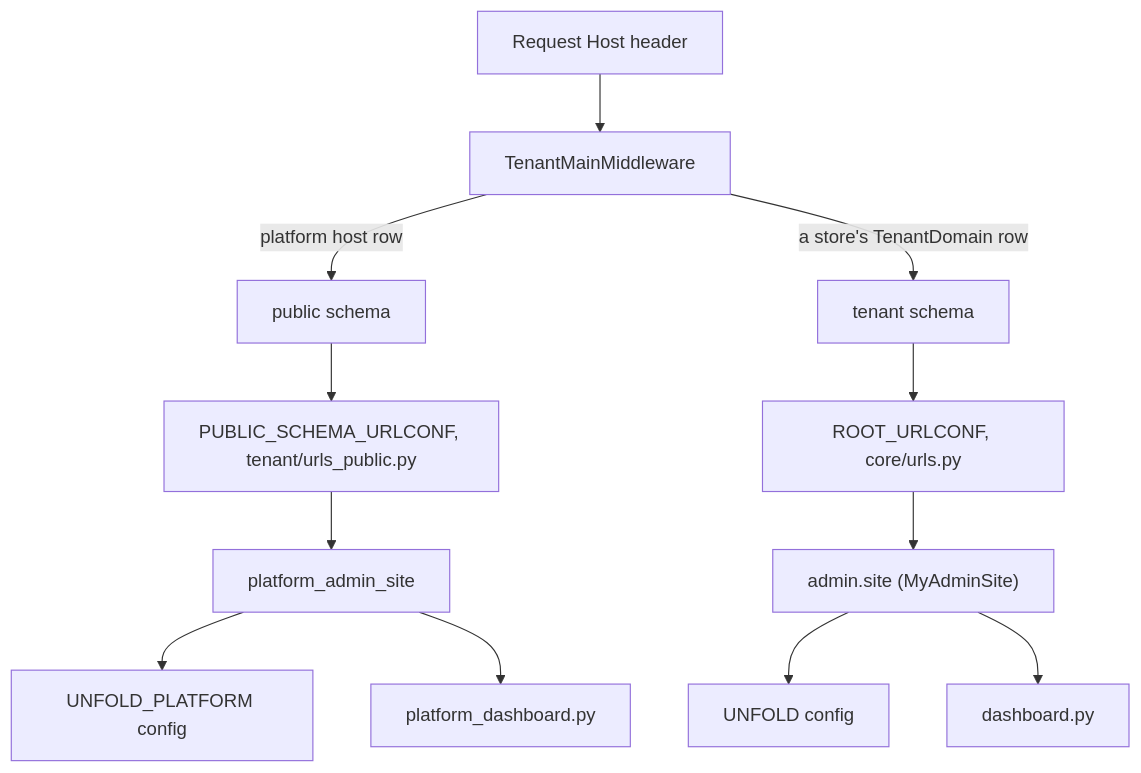
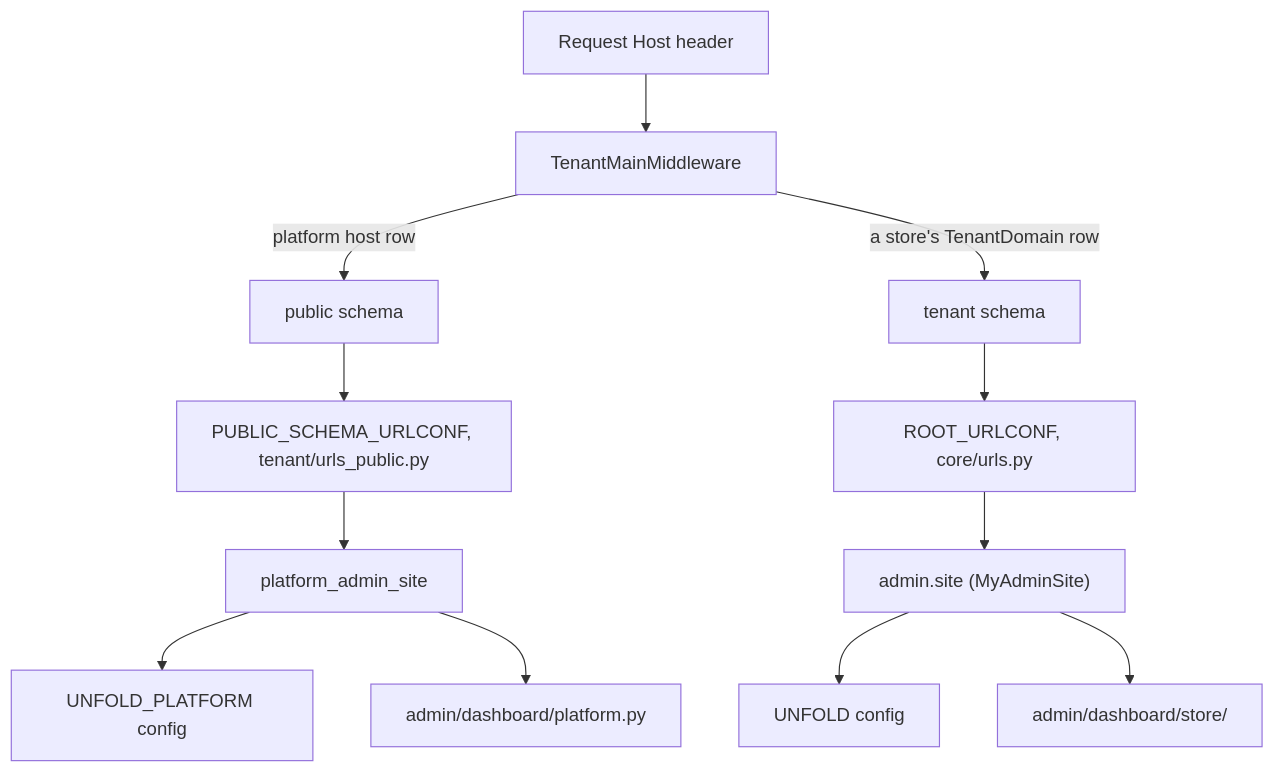
The diagram in src/dev/operator/index.md (vasilistotskas/grooveshop-docs), drawn with Mermaid before and after one commit. The commit also changed other lines of this file and 4 other files, not shown here.

First line of the commit message:
docs(dev): the admin on Unfold — dashboards, datasets, JSON Schema, i18n

````diff
--- a/src/dev/operator/index.md
+++ b/src/dev/operator/index.md
@@ -23,14 +23,14 @@
 ```mermaid
 flowchart TD
   H["Request Host header"] --> TMM["TenantMainMiddleware"]
   TMM -- "platform host row" --> PUB["public schema"]
   TMM -- "a store's TenantDomain row" --> TEN["tenant schema"]
   PUB --> PUC["PUBLIC_SCHEMA_URLCONF, tenant/urls_public.py"]
   TEN --> RUC["ROOT_URLCONF, core/urls.py"]
   PUC --> PSITE["platform_admin_site"]
   RUC --> SSITE["admin.site (MyAdminSite)"]
   PSITE --> UP["UNFOLD_PLATFORM config"]
   SSITE --> UF["UNFOLD config"]
-  PSITE --> PDASH["platform_dashboard.py"]
-  SSITE --> SDASH["dashboard.py"]
+  PSITE --> PDASH["admin/dashboard/platform.py"]
+  SSITE --> SDASH["admin/dashboard/store/"]
 ```
````
